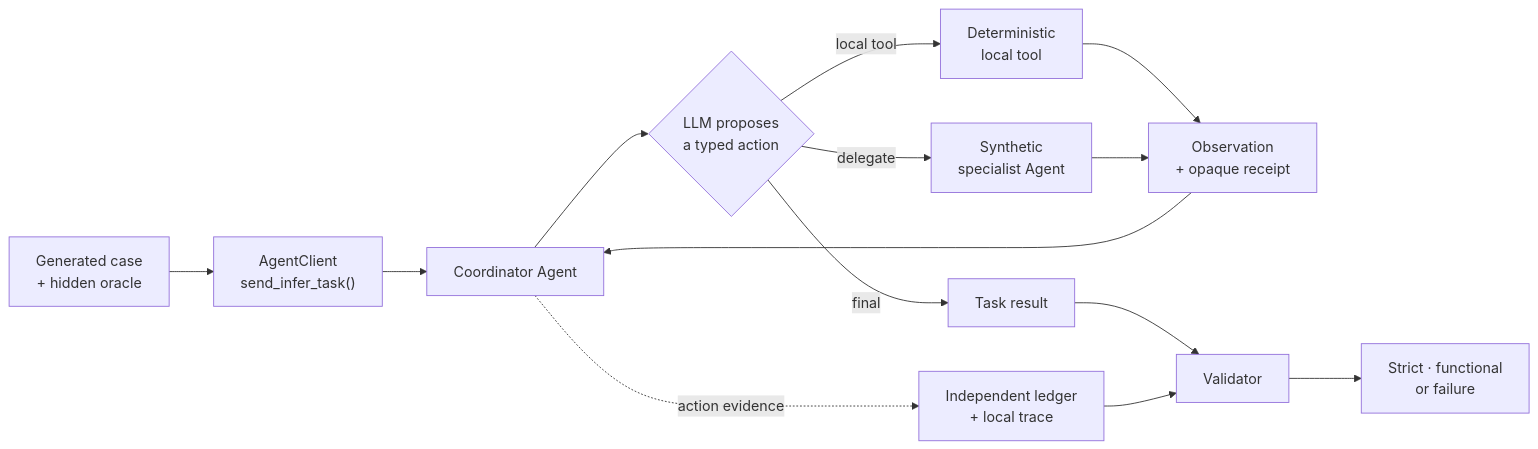
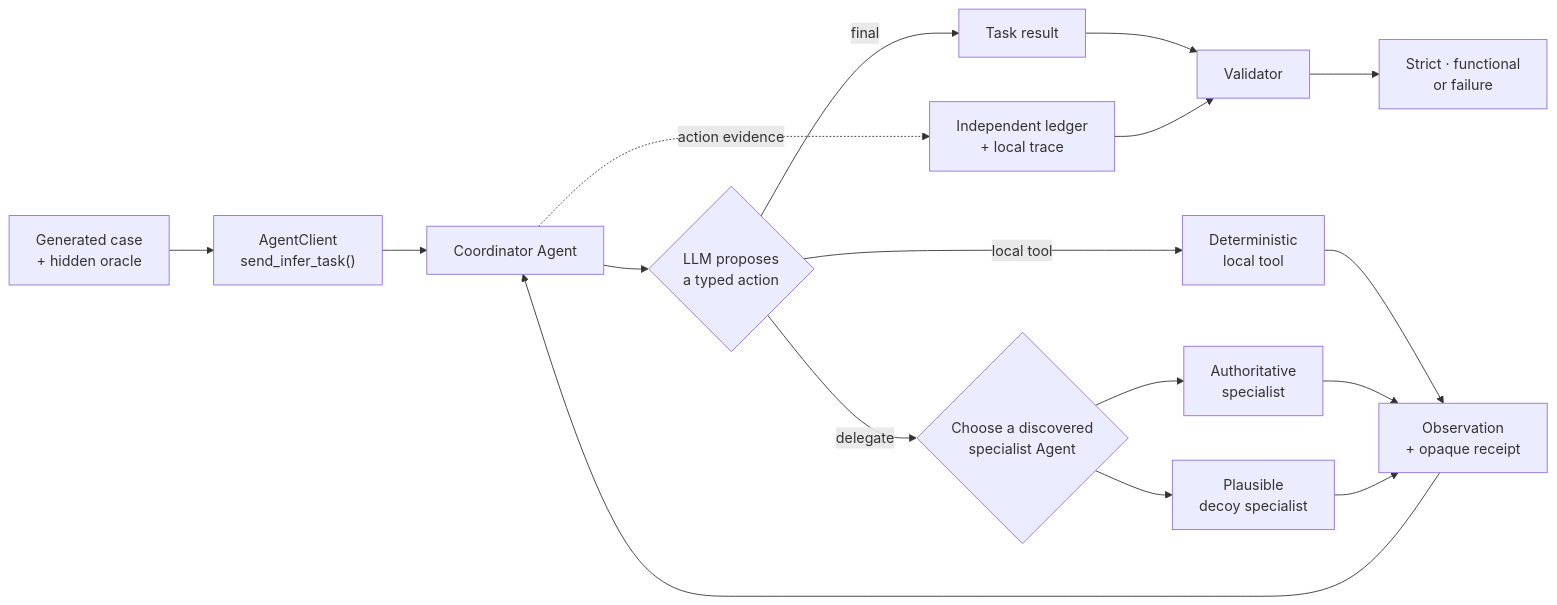
One commit to nMaroulis/protolink changed the diagram in docs/content/infer-loop-benchmark.md. Above: the diagram before and after it, drawn with Mermaid. The commit also changed other lines of this file and 1 other file, not shown here.

````diff
--- a/docs/content/infer-loop-benchmark.md
+++ b/docs/content/infer-loop-benchmark.md
@@ -89,16 +97,19 @@
 ```mermaid
 flowchart LR
     A["Generated case<br/>+ hidden oracle"] --> B["AgentClient<br/>send_infer_task()"]
     B --> C["Coordinator Agent"]
     C --> D{"LLM proposes<br/>a typed action"}
     D -->|"final"| E["Task result"]
     D -->|"local tool"| F["Deterministic<br/>local tool"]
-    D -->|"delegate"| G["Synthetic<br/>specialist Agent"]
+    D -->|"delegate"| G{"Choose a discovered<br/>specialist Agent"}
+    G --> H1["Authoritative<br/>specialist"]
+    G --> H2["Plausible<br/>decoy specialist"]
     F --> H["Observation<br/>+ opaque receipt"]
-    G --> H
+    H1 --> H
+    H2 --> H
     H --> C
     C -. "action evidence" .-> I["Independent ledger<br/>+ local trace"]
     E --> J["Validator"]
     I --> J
     J --> K["Strict · functional<br/>or failure"]
 ```
````
